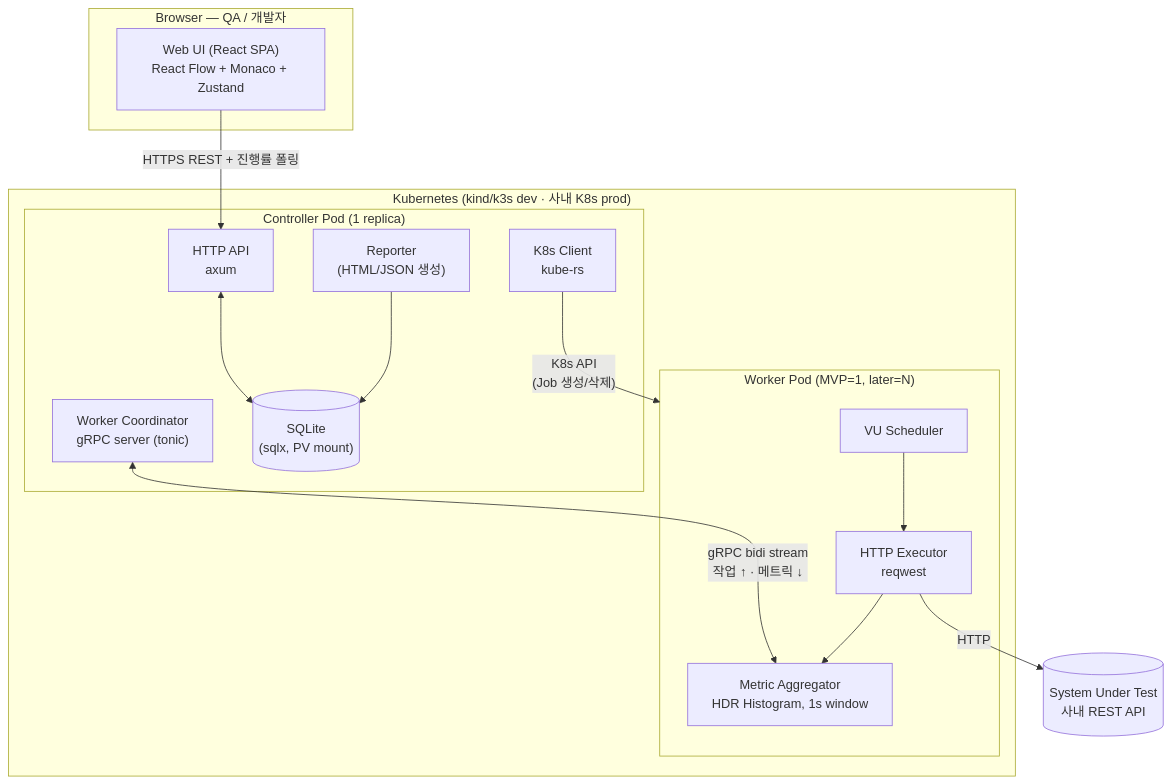
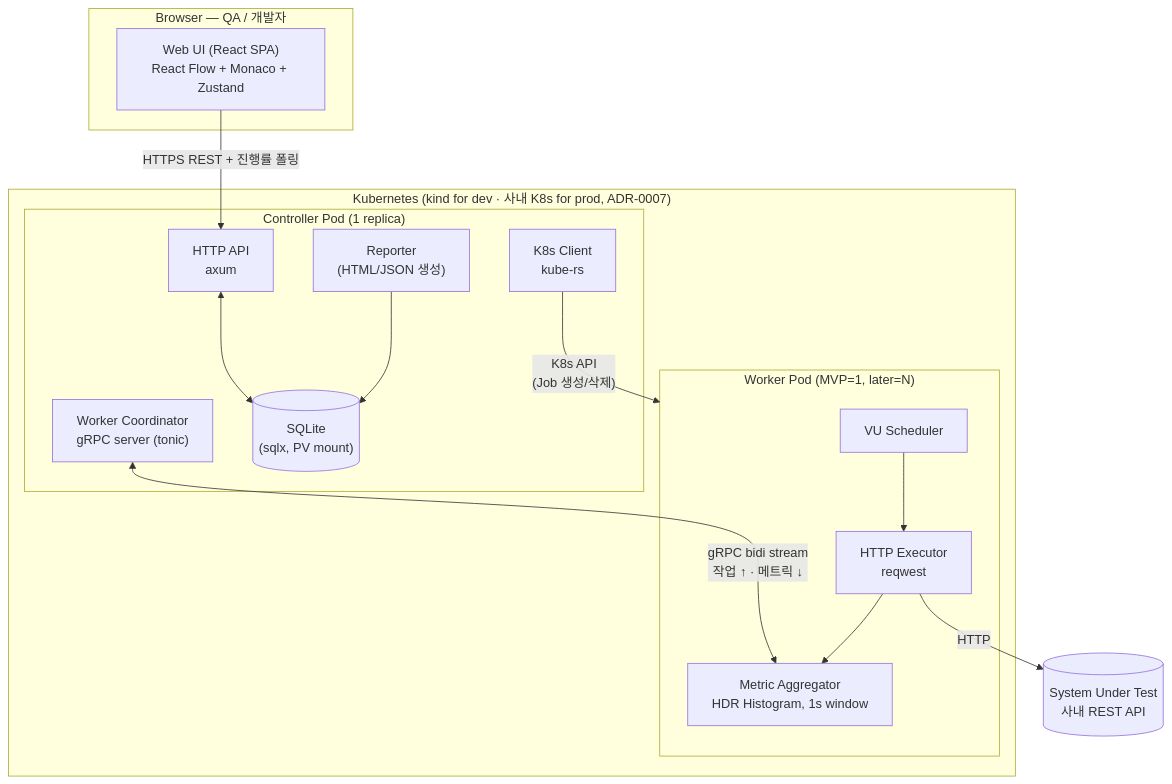
Before and after one commit to SeonggukJeong/handicap: the diagram in docs/superpowers/specs/2026-05-27-handicap-mvp1-design.md, drawn with Mermaid. The commit also changed other lines of this file, not shown here.

First line of the commit message:
docs(spec): self-review fixes — remove ADR-0007 contradictions, clarify acceptance

````diff
--- a/docs/superpowers/specs/2026-05-27-handicap-mvp1-design.md
+++ b/docs/superpowers/specs/2026-05-27-handicap-mvp1-design.md
@@ -25,33 +25,33 @@
 ```mermaid
 flowchart TD
   subgraph Browser["Browser — QA / 개발자"]
     UI["Web UI (React SPA)<br/>React Flow + Monaco + Zustand"]
   end
 
-  subgraph K8s["Kubernetes (kind/k3s dev · 사내 K8s prod)"]
+  subgraph K8s["Kubernetes (kind for dev · 사내 K8s for prod, ADR-0007)"]
     subgraph Ctrl["Controller Pod (1 replica)"]
       API["HTTP API<br/>axum"]
       Coord["Worker Coordinator<br/>gRPC server (tonic)"]
       K8sC["K8s Client<br/>kube-rs"]
       Store[("SQLite<br/>(sqlx, PV mount)")]
       Report["Reporter<br/>(HTML/JSON 생성)"]
     end
 
     subgraph Worker["Worker Pod (MVP=1, later=N)"]
       Sched["VU Scheduler"]
       Exec["HTTP Executor<br/>reqwest"]
       Agg["Metric Aggregator<br/>HDR Histogram, 1s window"]
     end
   end
 
   Target[("System Under Test<br/>사내 REST API")]
 
   UI -- "HTTPS REST + 진행률 폴링" --> API
   API <--> Store
   Report --> Store
   Coord <-- "gRPC bidi stream<br/>작업 ↑ · 메트릭 ↓" --> Agg
   K8sC -- "K8s API<br/>(Job 생성/삭제)" --> Worker
   Sched --> Exec
   Exec --> Agg
   Exec -- "HTTP" --> Target
 ```
````
